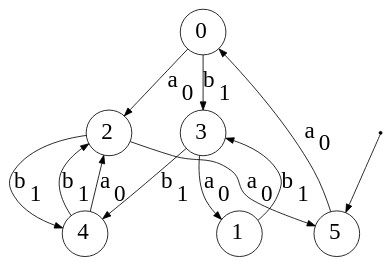
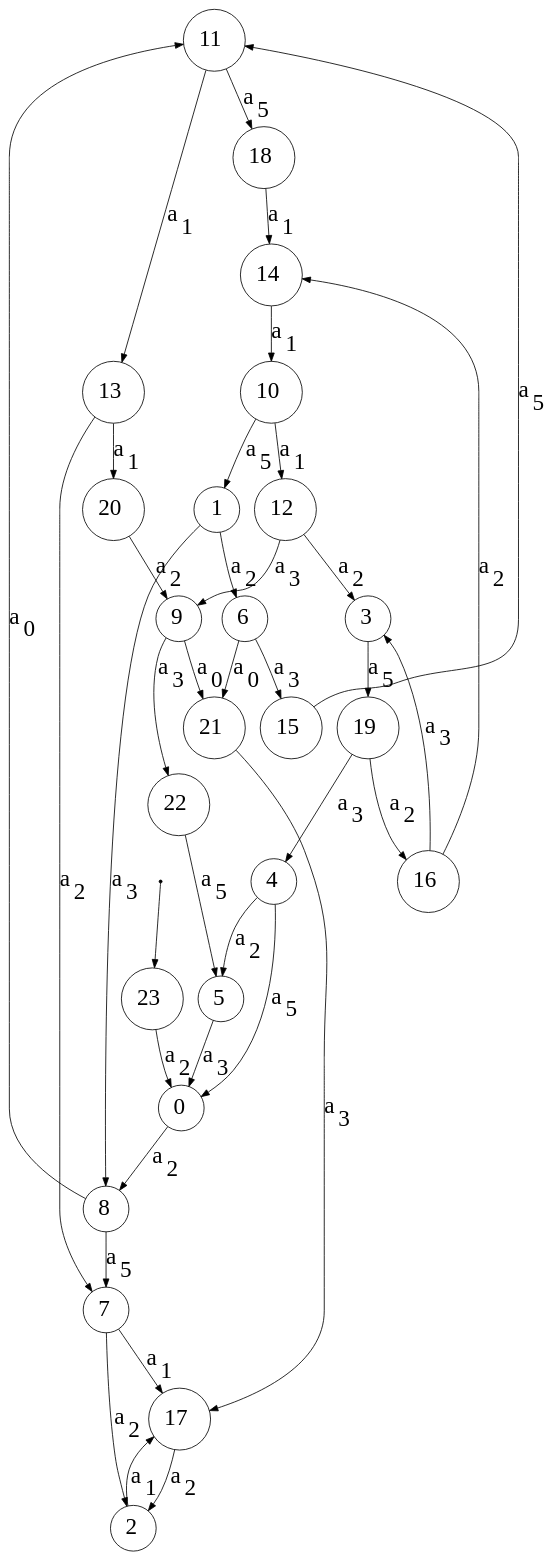
One commit to Reithger/Finite-State-Machine-Model changed the diagram in dotsource.dot. Above: the diagram before and after it, drawn with Graphviz. The commit also changed 1 other file, not shown here.

```diff
--- a/dotsource.dot
+++ b/dotsource.dot
@@ -1,20 +1,64 @@
 digraph G {
-"n0"[label= <0> shape=circle color="black" style=wedged fillcolor="white" style=filled fontsize="28"];
-"n1"[label= <1> shape=circle color="black" style=wedged fillcolor="white" style=filled fontsize="28"];
-"n2"[label= <2> shape=circle color="black" style=wedged fillcolor="white" style=filled fontsize="28"];
-"n3"[label= <3> shape=circle color="black" style=wedged fillcolor="white" style=filled fontsize="28"];
-"n4"[label= <4> shape=circle color="black" style=wedged fillcolor="white" style=filled fontsize="28"];
-"n5"[label= <5> shape=circle color="black" style=wedged fillcolor="white" style=filled fontsize="28"];
-"ArbitraryUnusedNameNoWorriesJustGrooving6"[fontSize=1 shape=point];
-{"ArbitraryUnusedNameNoWorriesJustGrooving6"}->{"n5"};
-{"n0"}->{"n3"}[label = <b<sub>1</sub>> color="black" arrowhead="normal" style="" fontsize="28"];
-{"n0"}->{"n2"}[label = <a<sub>0</sub>> color="black" arrowhead="normal" style="" fontsize="28"];
-{"n1"}->{"n3"}[label = <b<sub>1</sub>> color="black" arrowhead="normal" style="" fontsize="28"];
-{"n2"}->{"n5"}[label = <a<sub>0</sub>> color="black" arrowhead="normal" style="" fontsize="28"];
-{"n2"}->{"n4"}[label = <b<sub>1</sub>> color="black" arrowhead="normal" style="" fontsize="28"];
-{"n3"}->{"n4"}[label = <b<sub>1</sub>> color="black" arrowhead="normal" style="" fontsize="28"];
-{"n3"}->{"n1"}[label = <a<sub>0</sub>> color="black" arrowhead="normal" style="" fontsize="28"];
-{"n4"}->{"n2"}[label = <b<sub>1</sub>> color="black" arrowhead="normal" style="" fontsize="28"];
-{"n4"}->{"n2"}[label = <a<sub>0</sub>> color="black" arrowhead="normal" style="" fontsize="28"];
-{"n5"}->{"n0"}[label = <a<sub>0</sub>> color="black" arrowhead="normal" style="" fontsize="28"];
+"n0"[label= <11> shape=circle color="black" style=wedged fillcolor="white" style=filled fontsize="28"];
+"n1"[label= <22> shape=circle color="black" style=wedged fillcolor="white" style=filled fontsize="28"];
+"n2"[label= <12> shape=circle color="black" style=wedged fillcolor="white" style=filled fontsize="28"];
+"n3"[label= <23> shape=circle color="black" style=wedged fillcolor="white" style=filled fontsize="28"];
+"ArbitraryUnusedNameNoWorriesJustGrooving4"[fontSize=1 shape=point];
+"n4"[label= <13> shape=circle color="black" style=wedged fillcolor="white" style=filled fontsize="28"];
+"n5"[label= <14> shape=circle color="black" style=wedged fillcolor="white" style=filled fontsize="28"];
+"n6"[label= <15> shape=circle color="black" style=wedged fillcolor="white" style=filled fontsize="28"];
+"n7"[label= <16> shape=circle color="black" style=wedged fillcolor="white" style=filled fontsize="28"];
+"n8"[label= <17> shape=circle color="black" style=wedged fillcolor="white" style=filled fontsize="28"];
+"n9"[label= <18> shape=circle color="black" style=wedged fillcolor="white" style=filled fontsize="28"];
+"n10"[label= <19> shape=circle color="black" style=wedged fillcolor="white" style=filled fontsize="28"];
+"n11"[label= <0> shape=circle color="black" style=wedged fillcolor="white" style=filled fontsize="28"];
+"n12"[label= <1> shape=circle color="black" style=wedged fillcolor="white" style=filled fontsize="28"];
+"n13"[label= <2> shape=circle color="black" style=wedged fillcolor="white" style=filled fontsize="28"];
+"n14"[label= <3> shape=circle color="black" style=wedged fillcolor="white" style=filled fontsize="28"];
+"n15"[label= <4> shape=circle color="black" style=wedged fillcolor="white" style=filled fontsize="28"];
+"n16"[label= <5> shape=circle color="black" style=wedged fillcolor="white" style=filled fontsize="28"];
+"n17"[label= <6> shape=circle color="black" style=wedged fillcolor="white" style=filled fontsize="28"];
+"n18"[label= <7> shape=circle color="black" style=wedged fillcolor="white" style=filled fontsize="28"];
+"n19"[label= <8> shape=circle color="black" style=wedged fillcolor="white" style=filled fontsize="28"];
+"n20"[label= <9> shape=circle color="black" style=wedged fillcolor="white" style=filled fontsize="28"];
+"n21"[label= <20> shape=circle color="black" style=wedged fillcolor="white" style=filled fontsize="28"];
+"n22"[label= <10> shape=circle color="black" style=wedged fillcolor="white" style=filled fontsize="28"];
+"n23"[label= <21> shape=circle color="black" style=wedged fillcolor="white" style=filled fontsize="28"];
+{"ArbitraryUnusedNameNoWorriesJustGrooving4"}->{"n3"};
+{"n0"}->{"n4"}[label = <a<sub>1</sub>> color="black" arrowhead="normal" style="" fontsize="28"];
+{"n0"}->{"n9"}[label = <a<sub>5</sub>> color="black" arrowhead="normal" style="" fontsize="28"];
+{"n1"}->{"n16"}[label = <a<sub>5</sub>> color="black" arrowhead="normal" style="" fontsize="28"];
+{"n2"}->{"n20"}[label = <a<sub>3</sub>> color="black" arrowhead="normal" style="" fontsize="28"];
+{"n2"}->{"n14"}[label = <a<sub>2</sub>> color="black" arrowhead="normal" style="" fontsize="28"];
+{"n3"}->{"n11"}[label = <a<sub>2</sub>> color="black" arrowhead="normal" style="" fontsize="28"];
+{"n4"}->{"n18"}[label = <a<sub>2</sub>> color="black" arrowhead="normal" style="" fontsize="28"];
+{"n4"}->{"n21"}[label = <a<sub>1</sub>> color="black" arrowhead="normal" style="" fontsize="28"];
+{"n5"}->{"n22"}[label = <a<sub>1</sub>> color="black" arrowhead="normal" style="" fontsize="28"];
+{"n6"}->{"n0"}[label = <a<sub>5</sub>> color="black" arrowhead="normal" style="" fontsize="28"];
+{"n7"}->{"n5"}[label = <a<sub>2</sub>> color="black" arrowhead="normal" style="" fontsize="28"];
+{"n7"}->{"n14"}[label = <a<sub>3</sub>> color="black" arrowhead="normal" style="" fontsize="28"];
+{"n8"}->{"n13"}[label = <a<sub>2</sub>> color="black" arrowhead="normal" style="" fontsize="28"];
+{"n9"}->{"n5"}[label = <a<sub>1</sub>> color="black" arrowhead="normal" style="" fontsize="28"];
+{"n10"}->{"n15"}[label = <a<sub>3</sub>> color="black" arrowhead="normal" style="" fontsize="28"];
+{"n10"}->{"n7"}[label = <a<sub>2</sub>> color="black" arrowhead="normal" style="" fontsize="28"];
+{"n11"}->{"n19"}[label = <a<sub>2</sub>> color="black" arrowhead="normal" style="" fontsize="28"];
+{"n12"}->{"n19"}[label = <a<sub>3</sub>> color="black" arrowhead="normal" style="" fontsize="28"];
+{"n12"}->{"n17"}[label = <a<sub>2</sub>> color="black" arrowhead="normal" style="" fontsize="28"];
+{"n13"}->{"n8"}[label = <a<sub>1</sub>> color="black" arrowhead="normal" style="" fontsize="28"];
+{"n14"}->{"n10"}[label = <a<sub>5</sub>> color="black" arrowhead="normal" style="" fontsize="28"];
+{"n15"}->{"n11"}[label = <a<sub>5</sub>> color="black" arrowhead="normal" style="" fontsize="28"];
+{"n15"}->{"n16"}[label = <a<sub>2</sub>> color="black" arrowhead="normal" style="" fontsize="28"];
+{"n16"}->{"n11"}[label = <a<sub>3</sub>> color="black" arrowhead="normal" style="" fontsize="28"];
+{"n17"}->{"n6"}[label = <a<sub>3</sub>> color="black" arrowhead="normal" style="" fontsize="28"];
+{"n17"}->{"n23"}[label = <a<sub>0</sub>> color="black" arrowhead="normal" style="" fontsize="28"];
+{"n18"}->{"n8"}[label = <a<sub>1</sub>> color="black" arrowhead="normal" style="" fontsize="28"];
+{"n18"}->{"n13"}[label = <a<sub>2</sub>> color="black" arrowhead="normal" style="" fontsize="28"];
+{"n19"}->{"n0"}[label = <a<sub>0</sub>> color="black" arrowhead="normal" style="" fontsize="28"];
+{"n19"}->{"n18"}[label = <a<sub>5</sub>> color="black" arrowhead="normal" style="" fontsize="28"];
+{"n20"}->{"n23"}[label = <a<sub>0</sub>> color="black" arrowhead="normal" style="" fontsize="28"];
+{"n20"}->{"n1"}[label = <a<sub>3</sub>> color="black" arrowhead="normal" style="" fontsize="28"];
+{"n21"}->{"n20"}[label = <a<sub>2</sub>> color="black" arrowhead="normal" style="" fontsize="28"];
+{"n22"}->{"n12"}[label = <a<sub>5</sub>> color="black" arrowhead="normal" style="" fontsize="28"];
+{"n22"}->{"n2"}[label = <a<sub>1</sub>> color="black" arrowhead="normal" style="" fontsize="28"];
+{"n23"}->{"n8"}[label = <a<sub>3</sub>> color="black" arrowhead="normal" style="" fontsize="28"];
 }
```
